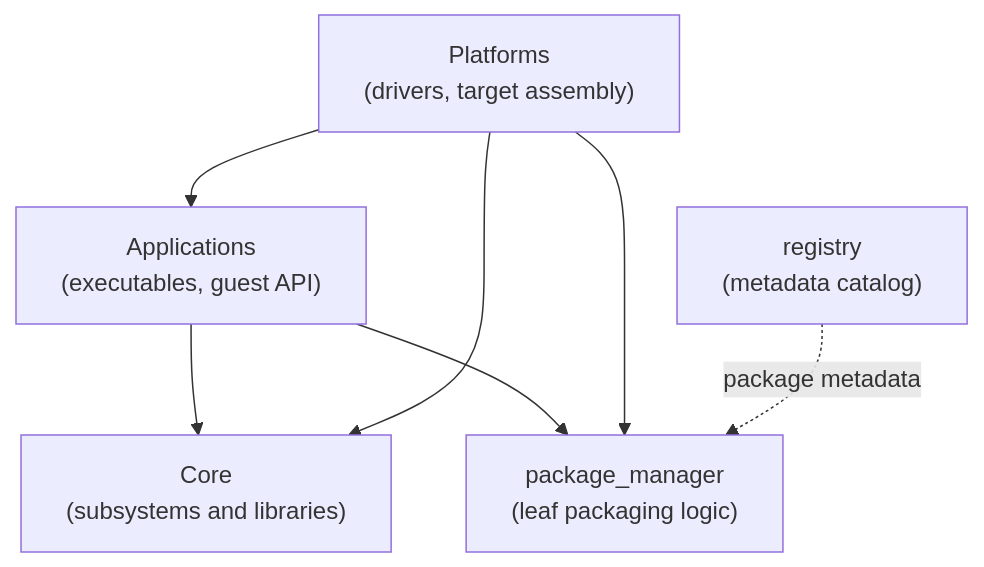
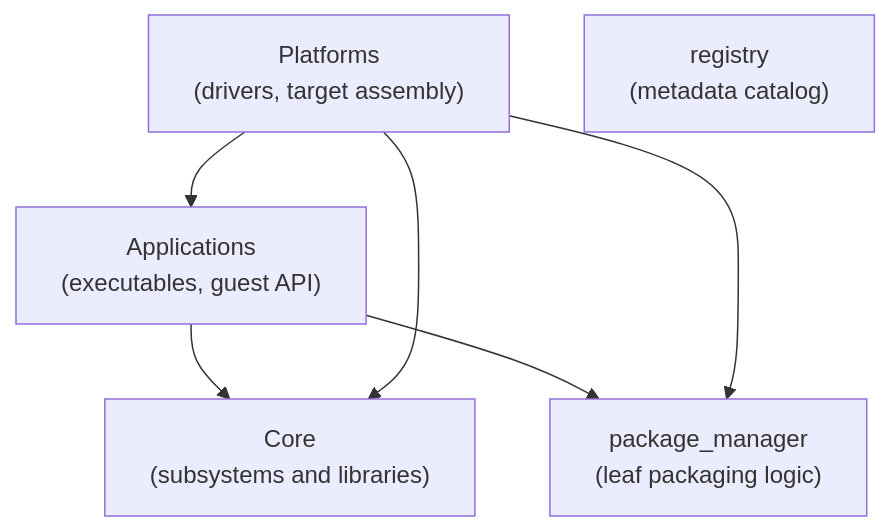
One commit to xila-project/website changed the first of 2 diagrams in src/content/docs/explanation/architecture/index.mdx. Above: the diagram before and after it, drawn with Mermaid. The commit also changed other lines of this file and 1 other file, not shown here.

Commit message:
docs: correct repository graph and time tick wording

````diff
--- a/src/content/docs/explanation/architecture/index.mdx
+++ b/src/content/docs/explanation/architecture/index.mdx
@@ -32,15 +32,14 @@
 ```mermaid
 flowchart TD
     Core["Core<br/>(subsystems and libraries)"]
     PM["package_manager<br/>(leaf packaging logic)"]
     Apps["Applications<br/>(executables, guest API)"]
     Plat["Platforms<br/>(drivers, target assembly)"]
     Reg["registry<br/>(metadata catalog)"]
 
     Apps --> Core
     Apps --> PM
     Plat --> Core
     Plat --> PM
     Plat --> Apps
-    Reg -.->|package metadata| PM
 ```
````
